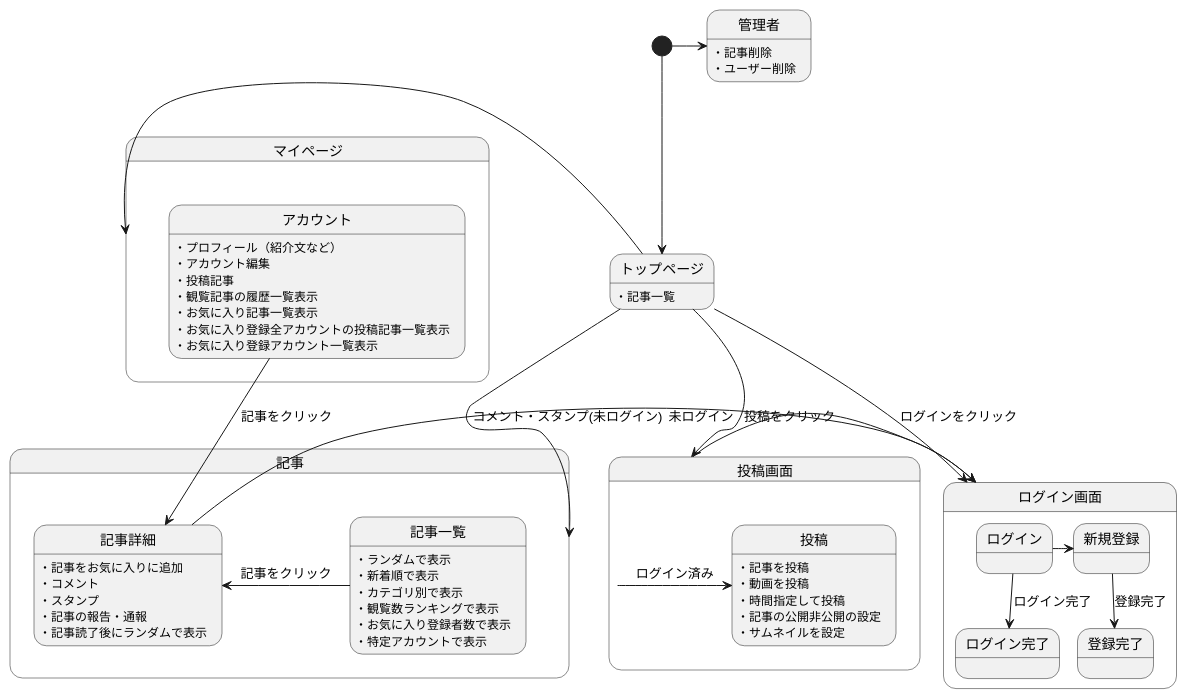
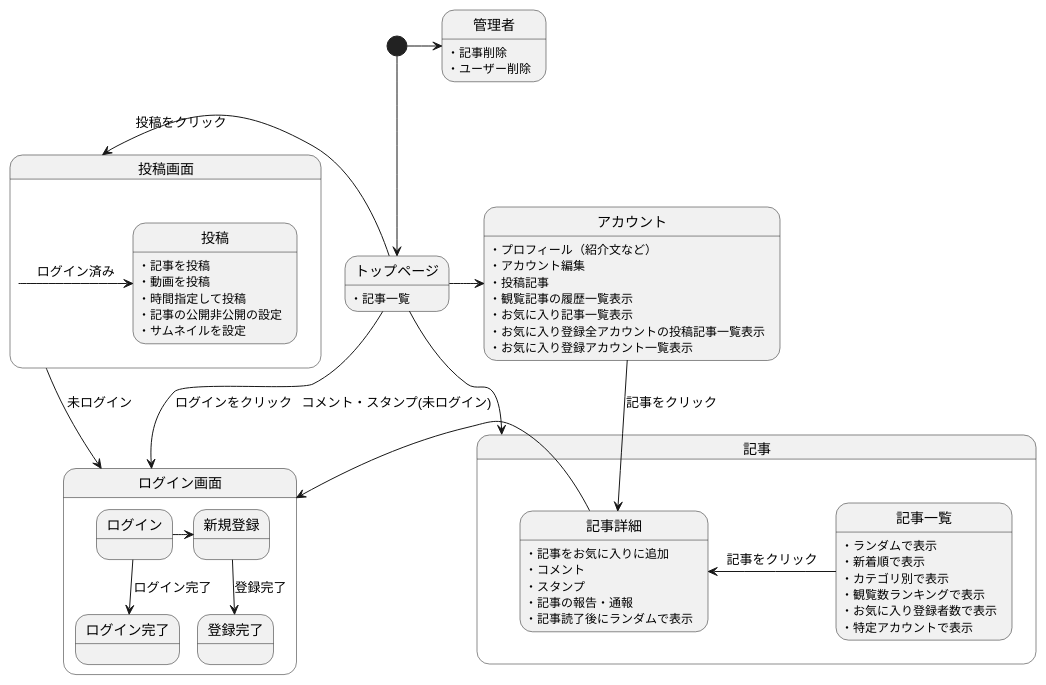
Before and after one commit to Aso2001001/2022System: the diagram in 後期画面遷移.md, drawn with PlantUML.

````diff
--- a/後期画面遷移.md
+++ b/後期画面遷移.md
@@ -1,73 +1,69 @@
 ```uml
 @startuml
 [*] --> トップページ
 
 
 トップページ -down-> 記事
-トップページ -> マイページ
+トップページ -> アカウント
 トップページ -> 投稿画面 : 投稿をクリック
 
 トップページ:・記事一覧
 
 トップページ -> ログイン画面 : ログインをクリック
 
 
 state ログイン画面{
 ログイン -> 新規登録
 ログイン -down-> ログイン完了 : ログイン完了
 新規登録 -down-> 登録完了 : 登録完了
 }
 
 state 記事{
 記事一覧 -left-> 記事詳細 : 記事をクリック
 記事詳細 -> ログイン画面 :コメント・スタンプ(未ログイン)
 
 記事一覧:・ランダムで表示
 記事一覧:・新着順で表示
 記事一覧:・カテゴリ別で表示
 記事一覧:・観覧数ランキングで表示
 記事一覧:・お気に入り登録者数で表示
 記事一覧:・特定アカウントで表示
 
 記事詳細:・記事をお気に入りに追加
 記事詳細:・コメント
 記事詳細:・スタンプ
 記事詳細:・記事の報告・通報
 記事詳細:・記事読了後にランダムで表示
 
 }
 
 state 投稿画面{
 投稿画面 -> ログイン画面 : 未ログイン
 投稿画面 -> 投稿 : ログイン済み
 
 投稿:・記事を投稿
 投稿:・動画を投稿
 投稿:・時間指定して投稿
 投稿:・記事の公開非公開の設定
 投稿:・サムネイルを設定
 
 }
 
-state マイページ{
-
 アカウント -> 記事詳細 : 記事をクリック
 
 アカウント:・プロフィール（紹介文など）
 アカウント:・アカウント編集
 アカウント:・投稿記事
 アカウント:・観覧記事の履歴一覧表示
 アカウント:・お気に入り記事一覧表示
 アカウント:・お気に入り登録全アカウントの投稿記事一覧表示
 アカウント:・お気に入り登録アカウント一覧表示
 
-}
-
 
 [*] -right-> 管理者
 管理者:・記事削除
 管理者:・ユーザー削除
 
 
 @enduml
 ```
````
